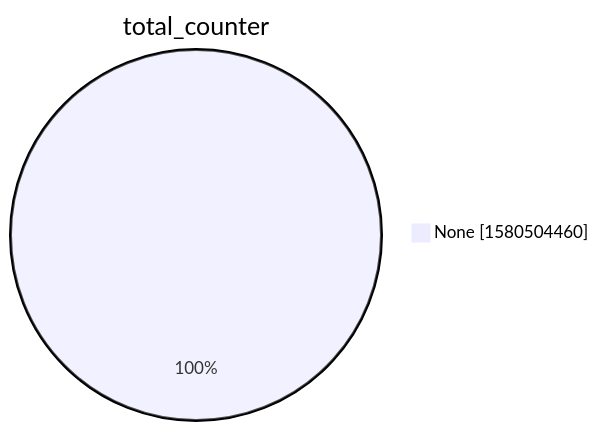
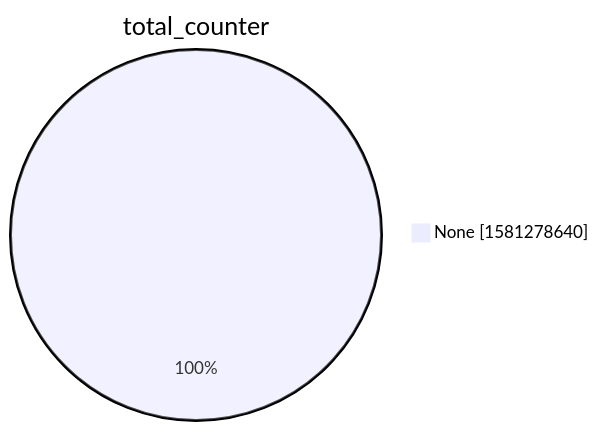
The second of 15 diagrams in xenon2022/README.md (christiankrug/ctmonitor_visualization), drawn with Mermaid before and after one commit. The commit also changed other lines of this file, not shown here.

````diff
--- a/xenon2022/README.md
+++ b/xenon2022/README.md
@@ -9,5 +9,5 @@
 ```mermaid
 pie showData
 title total_counter
-"None" :1580504460
+"None" :1581278640
 ```
````
